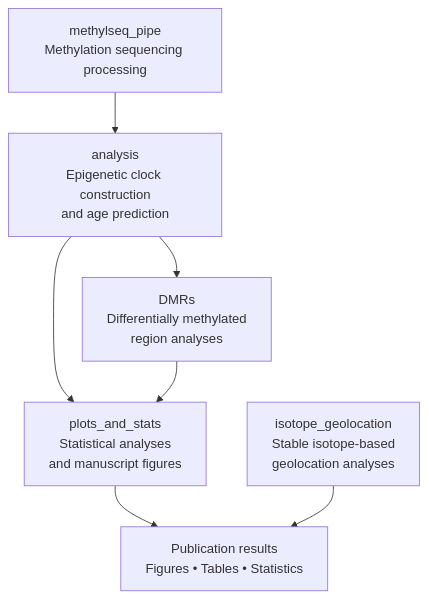
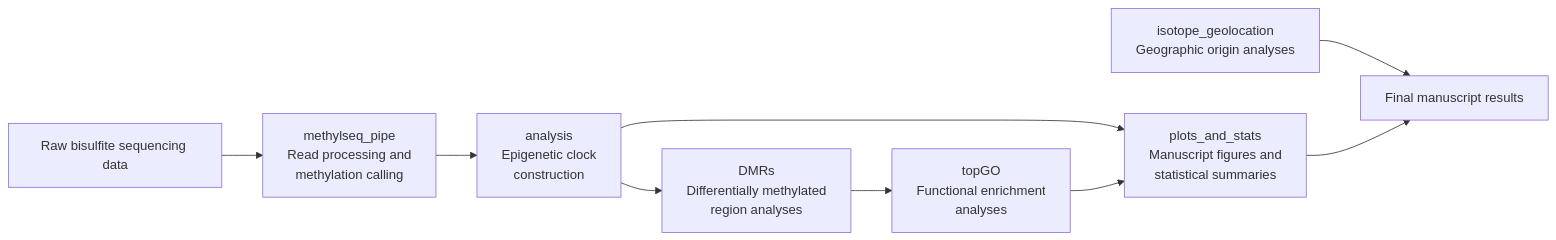
Before and after one commit to JesperBoman/Butterfly_DNAm_age: the diagram in README.md, drawn with Mermaid. The commit also changed other lines of this file, not shown here.

````diff
--- a/README.md
+++ b/README.md
@@ -19,22 +21,39 @@
 ```mermaid
-flowchart TD
-    A[methylseq_pipe<br/>Methylation sequencing processing]
+flowchart LR
 
-    B[analysis<br/>Epigenetic clock construction<br/>and age prediction]
+    A[Raw bisulfite sequencing data]
 
-    C[DMRs<br/>Differentially methylated<br/>region analyses]
+    B[methylseq_pipe
+    Read processing and
+    methylation calling]
 
-    D[plots_and_stats<br/>Statistical analyses<br/>and manuscript figures]
+    C[analysis
+    Epigenetic clock
+    construction]
 
-    E[isotope_geolocation<br/>Stable isotope-based<br/>geolocation analyses]
+    D[DMRs
+    Differentially methylated
+    region analyses]
 
-    F[Publication results<br/>Figures • Tables • Statistics]
+    E[topGO
+    Functional enrichment
+    analyses]
+
+    F[plots_and_stats
+    Manuscript figures and
+    statistical summaries]
+
+    G[isotope_geolocation
+    Geographic origin analyses]
+
+    H[Final manuscript results]
 
     A --> B
     B --> C
-    B --> D
     C --> D
-    D --> F
+    D --> E
+    C --> F
     E --> F
-
+    G --> H
+    F --> H
 ```
````
